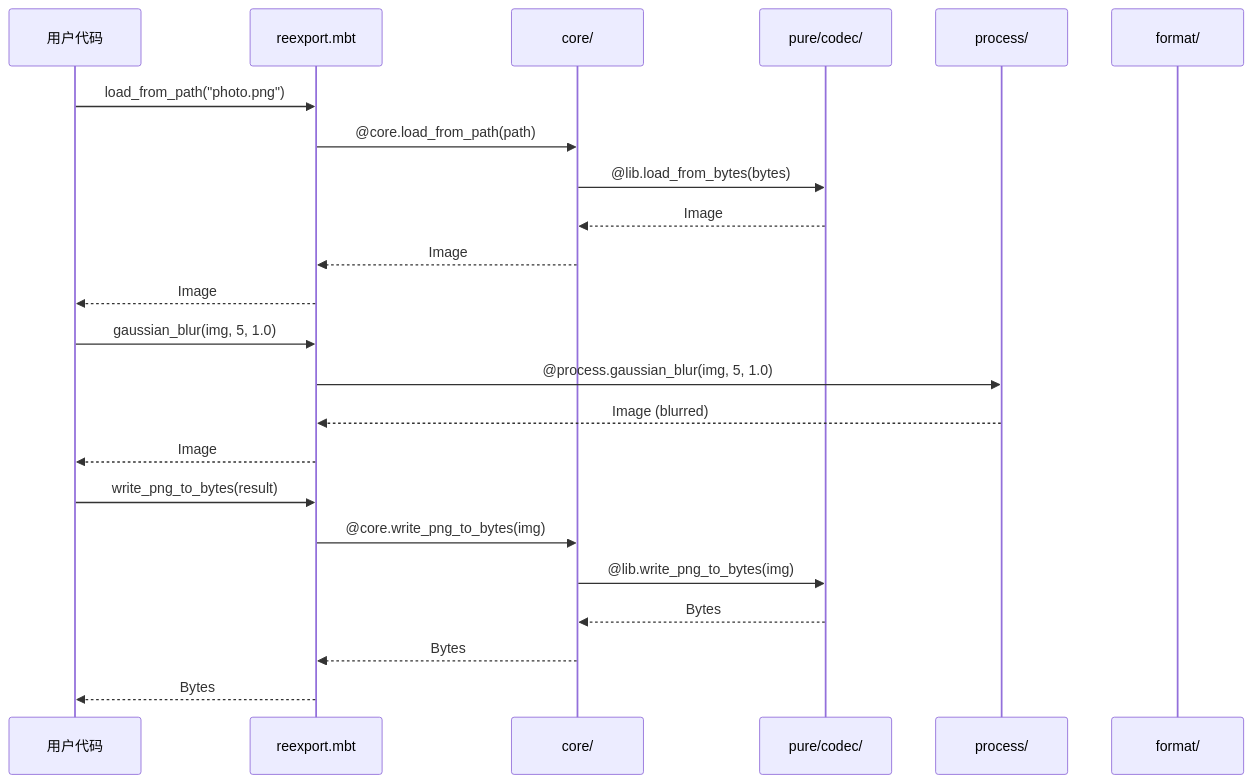
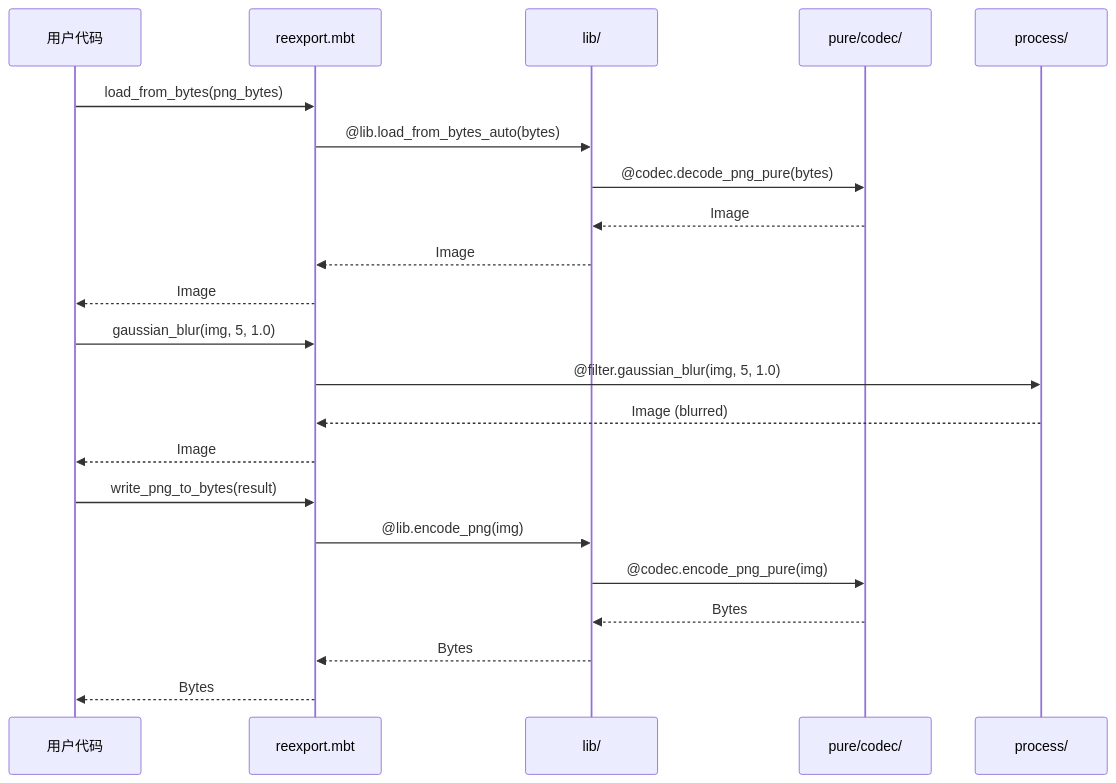
Diagram 11 of 14 in docs/architecture.md (toadium/stb-image), drawn with Mermaid before and after one commit. The commit also changed other lines of this file and 132 other files, not shown here.

````diff
--- a/docs/architecture.md
+++ b/docs/architecture.md
@@ -359,28 +341,27 @@
 ```mermaid
 sequenceDiagram
     participant User as 用户代码
     participant Root as reexport.mbt
-    participant Core as core/
+    participant Lib as lib/
     participant Pure as pure/codec/
     participant Proc as process/
-    participant Fmt as format/
 
-    User->>Root: load_from_path("photo.png")
-    Root->>Core: @core.load_from_path(path)
-    Core->>Pure: @lib.load_from_bytes(bytes)
-    Pure-->>Core: Image
-    Core-->>Root: Image
+    User->>Root: load_from_bytes(png_bytes)
+    Root->>Lib: @lib.load_from_bytes_auto(bytes)
+    Lib->>Pure: @codec.decode_png_pure(bytes)
+    Pure-->>Lib: Image
+    Lib-->>Root: Image
     Root-->>User: Image
 
     User->>Root: gaussian_blur(img, 5, 1.0)
-    Root->>Proc: @process.gaussian_blur(img, 5, 1.0)
+    Root->>Proc: @filter.gaussian_blur(img, 5, 1.0)
     Proc-->>Root: Image (blurred)
     Root-->>User: Image
 
     User->>Root: write_png_to_bytes(result)
-    Root->>Core: @core.write_png_to_bytes(img)
-    Core->>Pure: @lib.write_png_to_bytes(img)
-    Pure-->>Core: Bytes
-    Core-->>Root: Bytes
+    Root->>Lib: @lib.encode_png(img)
+    Lib->>Pure: @codec.encode_png_pure(img)
+    Pure-->>Lib: Bytes
+    Lib-->>Root: Bytes
     Root-->>User: Bytes
 ```
````
